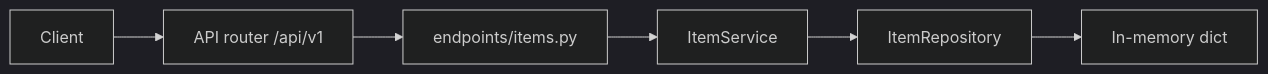
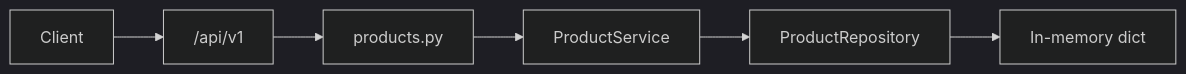
One commit to poluru-labs/fastapi-realworld-projects changed the diagram in beginner/fastapi-product-catalog/README.md. Above: the diagram before and after it, drawn with Mermaid (dark theme). The commit also changed other lines of this file and 19 other files, not shown here.

Commit message:
new api added for with docs and endpoints beginner/fastapi-product-catalog

````diff
--- a/beginner/fastapi-product-catalog/README.md
+++ b/beginner/fastapi-product-catalog/README.md
@@ -33,8 +42,8 @@
 ```mermaid
 flowchart LR
-  Client --> Router["API router /api/v1"]
-  Router --> Endpoints["endpoints/items.py"]
-  Endpoints --> Service["ItemService"]
-  Service --> Repo["ItemRepository"]
+  Client --> Router["/api/v1"]
+  Router --> Endpoints["products.py"]
+  Endpoints --> Service["ProductService"]
+  Service --> Repo["ProductRepository"]
   Repo --> Memory["In-memory dict"]
 ```
````
